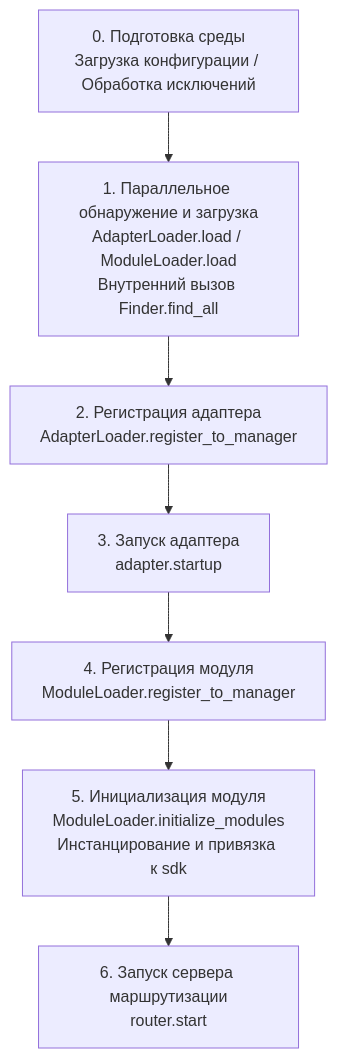
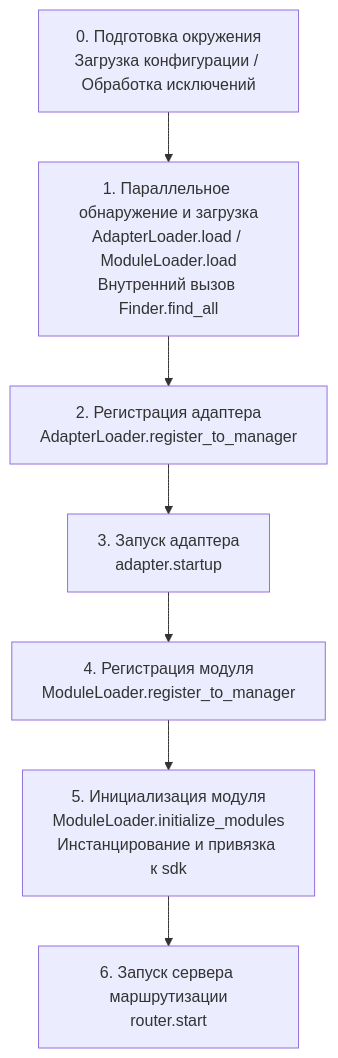
Before and after one commit to ErisPulse/ErisPulse: the diagram in docs/ru/advanced/startup.md, drawn with Mermaid. The commit also changed other lines of this file and 75 other files, not shown here.

````diff
--- a/docs/ru/advanced/startup.md
+++ b/docs/ru/advanced/startup.md
@@ -30,10 +30,10 @@
 ```mermaid
 flowchart TD
-    A[0. Подготовка среды<br/>Загрузка конфигурации / Обработка исключений] --> B
+    A[0. Подготовка окружения<br/>Загрузка конфигурации / Обработка исключений] --> B
     B[1. Параллельное обнаружение и загрузка<br/>AdapterLoader.load / ModuleLoader.load<br/>Внутренний вызов Finder.find_all] --> C
     C[2. Регистрация адаптера<br/>AdapterLoader.register_to_manager] --> D
     D[3. Запуск адаптера<br/>adapter.startup] --> E
     E[4. Регистрация модуля<br/>ModuleLoader.register_to_manager] --> F
     F[5. Инициализация модуля<br/>ModuleLoader.initialize_modules<br/>Инстанцирование и привязка к sdk] --> G
     G[6. Запуск сервера маршрутизации<br/>router.start]
 ```
````
